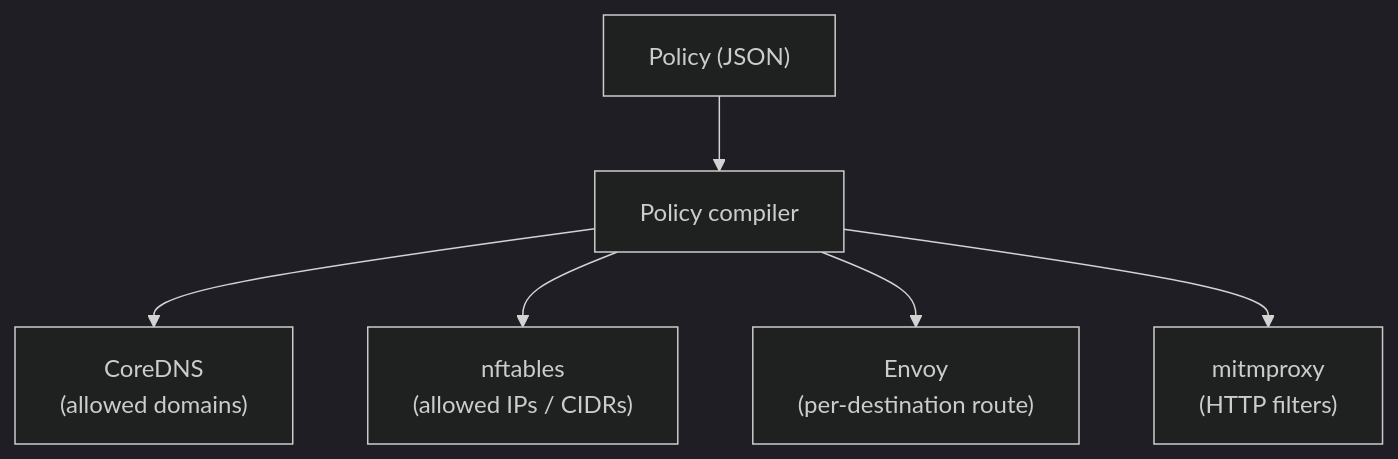
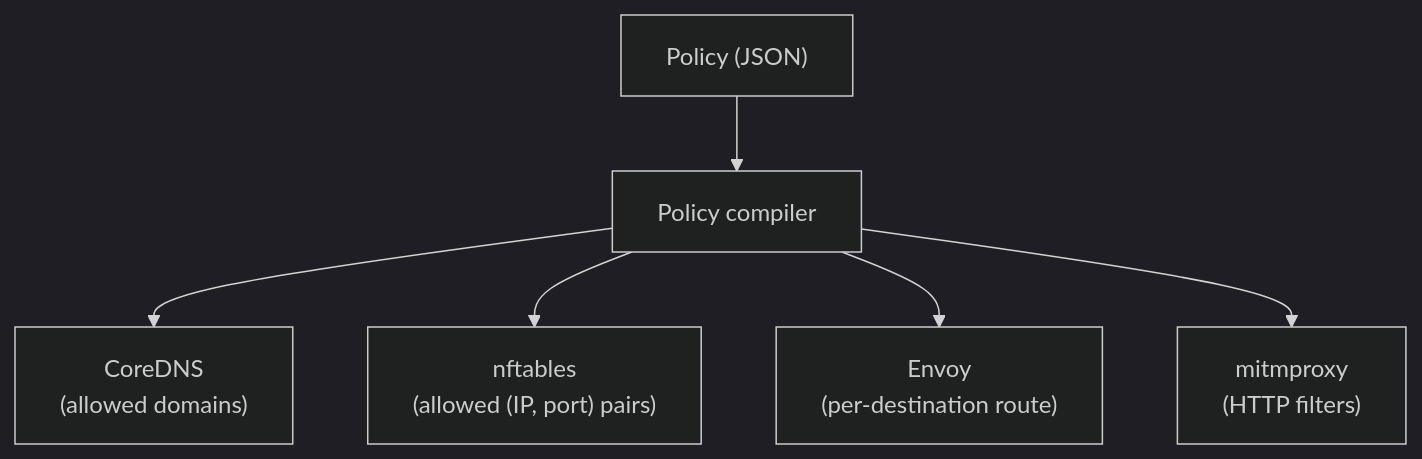
The diagram in docs/concepts/policy-model.md (Koriit/sandboxd), drawn with Mermaid (dark theme) before and after one commit. The commit also changed other lines of this file and 2 other files, not shown here.

First line of the commit message:
docs(concepts): reflect L3 port-explicit, deny-logger, and event bus

````diff
--- a/docs/concepts/policy-model.md
+++ b/docs/concepts/policy-model.md
@@ -120,15 +120,15 @@
 ```mermaid
 flowchart TB
     Policy["Policy (JSON)"]
     Compiler["Policy compiler"]
     CoreDNS["CoreDNS<br/>(allowed domains)"]
-    NFT["nftables<br/>(allowed IPs / CIDRs)"]
+    NFT["nftables<br/>(allowed (IP, port) pairs)"]
     Envoy["Envoy<br/>(per-destination route)"]
     MITM["mitmproxy<br/>(HTTP filters)"]
 
     Policy --> Compiler
     Compiler --> CoreDNS
     Compiler --> NFT
     Compiler --> Envoy
     Compiler --> MITM
 ```
````
